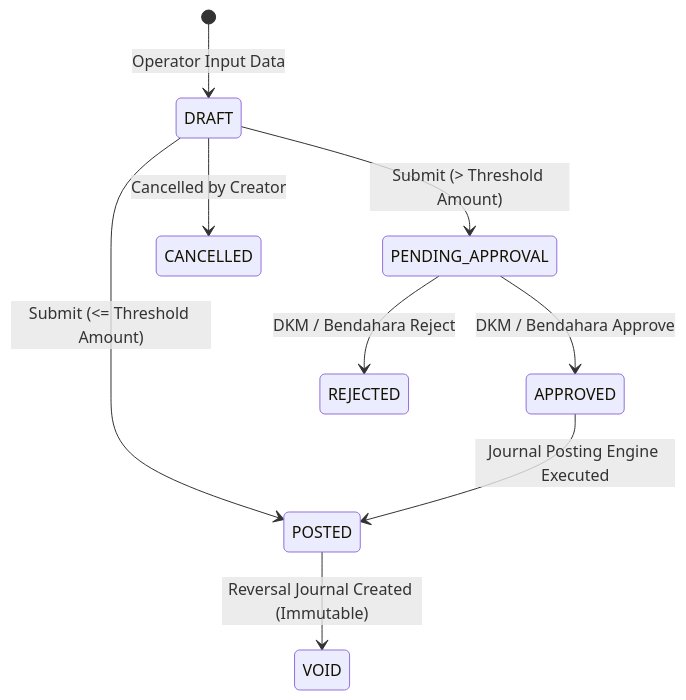
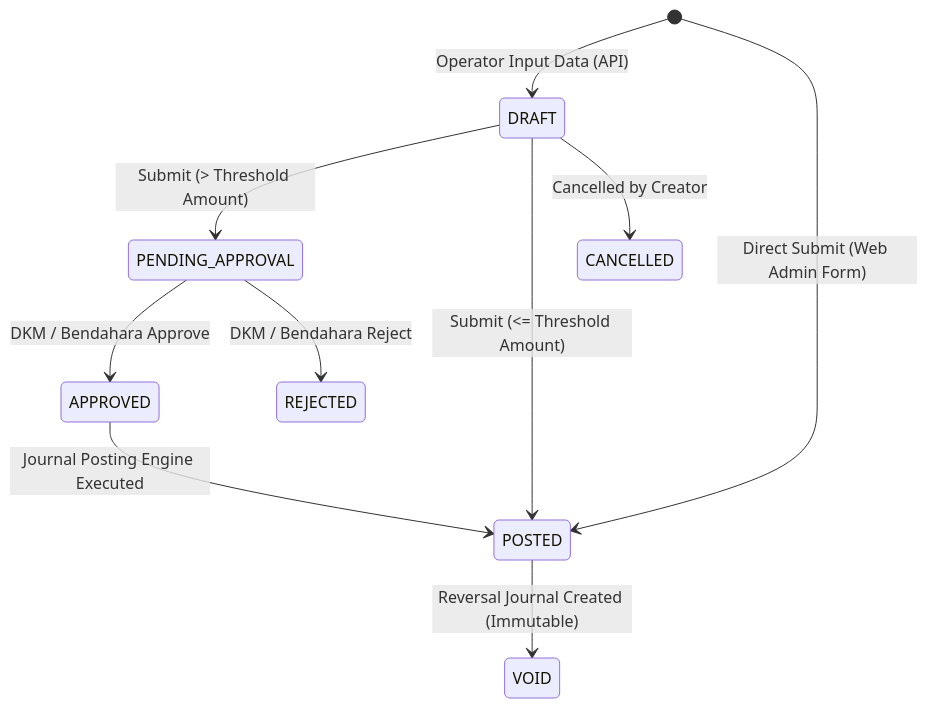
Before and after one commit to GBU-Project/MasjidCMS: the diagram in docs/adr/ADR-0006-FINANCIAL-POSTING-AND-BALANCE.md, drawn with Mermaid. The commit also changed other lines of this file and 5 other files, not shown here.

````diff
--- a/docs/adr/ADR-0006-FINANCIAL-POSTING-AND-BALANCE.md
+++ b/docs/adr/ADR-0006-FINANCIAL-POSTING-AND-BALANCE.md
@@ -13,11 +15,12 @@
 ```mermaid
 stateDiagram-v2
-    [*] --> DRAFT : Operator Input Data
+    [*] --> DRAFT : Operator Input Data (API)
+    [*] --> POSTED : Direct Submit (Web Admin Form)
     DRAFT --> PENDING_APPROVAL : Submit (> Threshold Amount)
     DRAFT --> POSTED : Submit (<= Threshold Amount)
     PENDING_APPROVAL --> APPROVED : DKM / Bendahara Approve
     PENDING_APPROVAL --> REJECTED : DKM / Bendahara Reject
     APPROVED --> POSTED : Journal Posting Engine Executed
     DRAFT --> CANCELLED : Cancelled by Creator
     POSTED --> VOID : Reversal Journal Created (Immutable)
 ```
````
